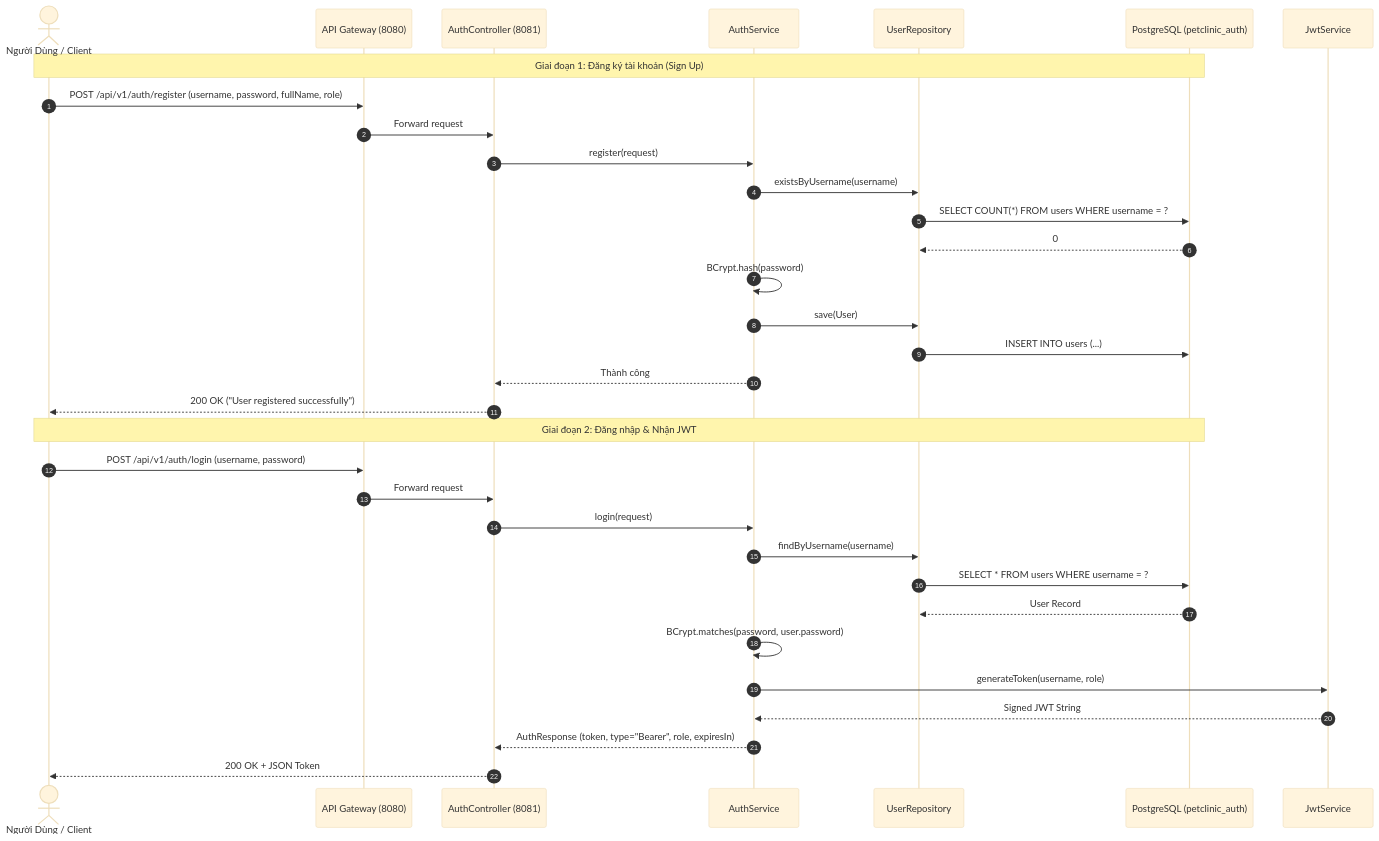
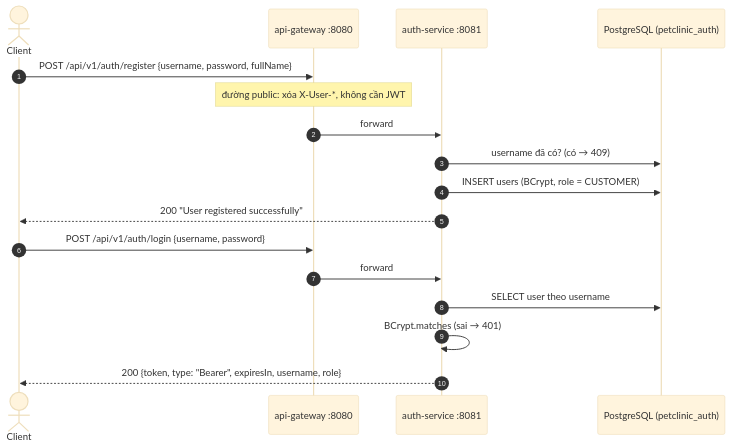
One commit to Phongasfd/pet-clinic-management changed the diagram in auth-service/README.md. Above: the diagram before and after it, drawn with Mermaid (base theme). The commit also changed other lines of this file and 12 other files, not shown here.

Commit message:
feat: add JWT validation and Flyway V4 migration for pet-service

````diff
--- a/auth-service/README.md
+++ b/auth-service/README.md
@@ -68,39 +51,21 @@
 ```mermaid
 sequenceDiagram
     autonumber
-    actor Client as Người Dùng / Client
-    participant GW as API Gateway (8080)
-    participant AuthCtrl as AuthController (8081)
-    participant AuthSvc as AuthService
-    participant Repo as UserRepository
+    actor C as Client
+    participant GW as api-gateway :8080
+    participant A as auth-service :8081
     participant DB as PostgreSQL (petclinic_auth)
-    participant JWT as JwtService
 
-    %% Luồng Đăng Ký
-    Note over Client, DB: Giai đoạn 1: Đăng ký tài khoản (Sign Up)
-    Client->>GW: POST /api/v1/auth/register (username, password, fullName, role)
-    GW->>AuthCtrl: Forward request
-    AuthCtrl->>AuthSvc: register(request)
-    AuthSvc->>Repo: existsByUsername(username)
-    Repo->>DB: SELECT COUNT(*) FROM users WHERE username = ?
-    DB-->>Repo: 0
-    AuthSvc->>AuthSvc: BCrypt.hash(password)
-    AuthSvc->>Repo: save(User)
-    Repo->>DB: INSERT INTO users (...)
-    AuthSvc-->>AuthCtrl: Thành công
-    AuthCtrl-->>Client: 200 OK ("User registered successfully")
+    C->>GW: POST /api/v1/auth/register {username, password, fullName}
+    Note over GW: đường public: xóa X-User-*, không cần JWT
+    GW->>A: forward
+    A->>DB: username đã có? (có → 409)
+    A->>DB: INSERT users (BCrypt, role = CUSTOMER)
+    A-->>C: 200 "User registered successfully"
 
-    %% Luồng Đăng Nhập
-    Note over Client, DB: Giai đoạn 2: Đăng nhập & Nhận JWT
-    Client->>GW: POST /api/v1/auth/login (username, password)
-    GW->>AuthCtrl: Forward request
-    AuthCtrl->>AuthSvc: login(request)
-    AuthSvc->>Repo: findByUsername(username)
-    Repo->>DB: SELECT * FROM users WHERE username = ?
-    DB-->>Repo: User Record
-    AuthSvc->>AuthSvc: BCrypt.matches(password, user.password)
-    AuthSvc->>JWT: generateToken(username, role)
-    JWT-->>AuthSvc: Signed JWT String
-    AuthSvc-->>AuthCtrl: AuthResponse (token, type="Bearer", role, expiresIn)
-    AuthCtrl-->>Client: 200 OK + JSON Token
+    C->>GW: POST /api/v1/auth/login {username, password}
+    GW->>A: forward
+    A->>DB: SELECT user theo username
+    A->>A: BCrypt.matches (sai → 401)
+    A-->>C: 200 {token, type: "Bearer", expiresIn, username, role}
 ```
````
